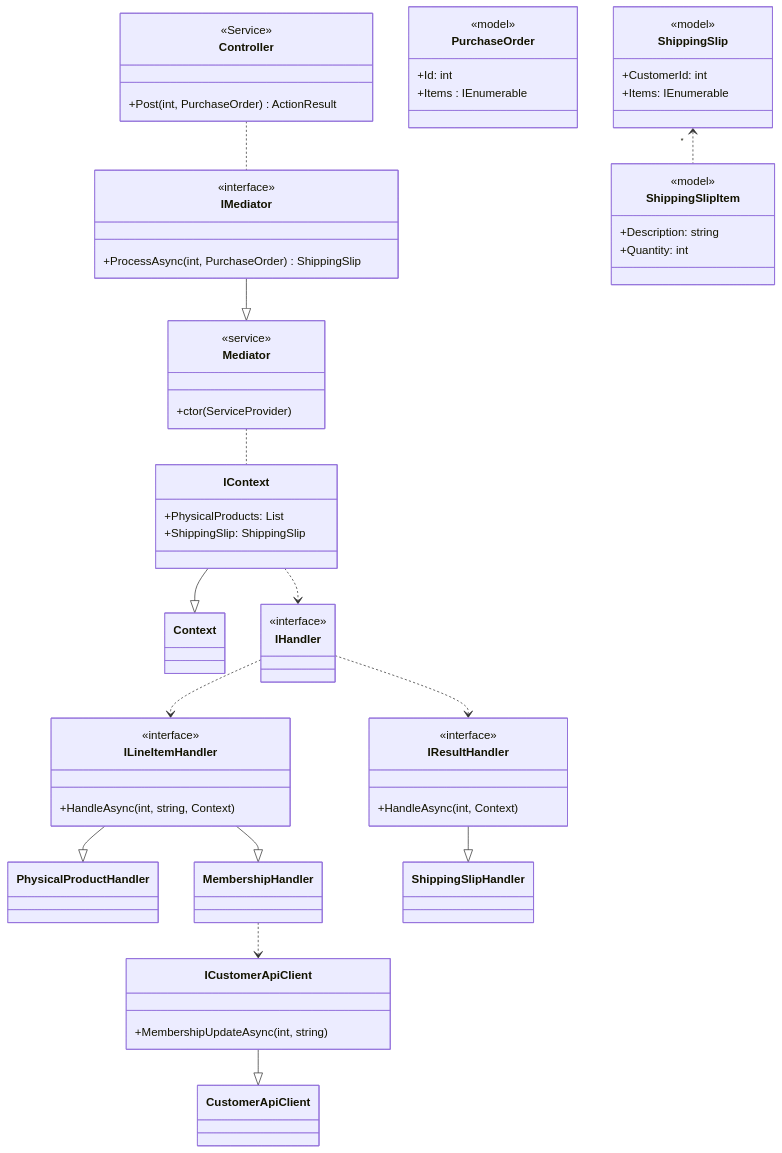
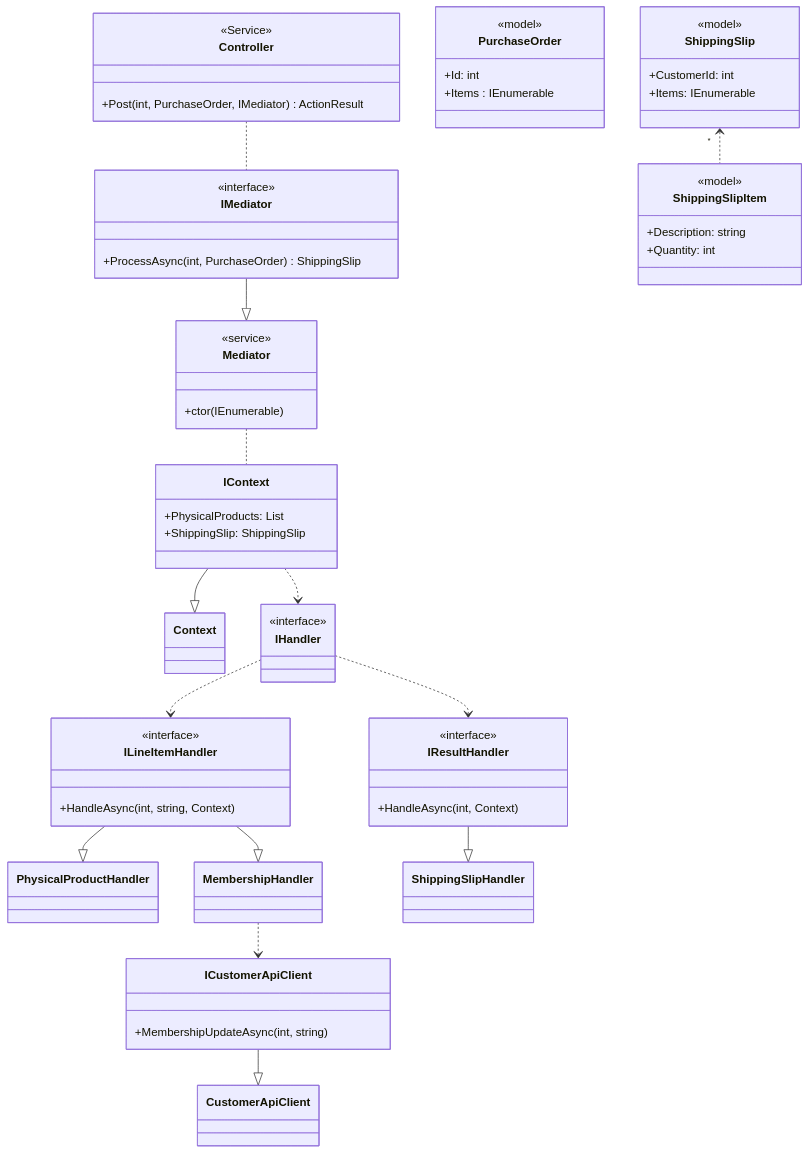
Before and after one commit to shanepask/PurchaseOrderProcessor: the second of 3 diagrams in documentation/Design Document.md, drawn with Mermaid. The commit also changed other lines of this file and 1 other file, not shown here.

```diff
--- a/documentation/Design Document.md
+++ b/documentation/Design Document.md
@@ -132,7 +133,7 @@
 	Controller..IMediator
 	class Controller {
 		<<Service>>
-		+Post(int, PurchaseOrder) ActionResult
+		+Post(int, PurchaseOrder, IMediator) ActionResult
 	}
 	
 	class PurchaseOrder {
@@ -162,7 +163,7 @@
 	IMediator--|>Mediator
 	class Mediator {
 		<<service>>
-		+ctor(ServiceProvider)
+		+ctor(IEnumerable<IHandler>)
 	}
 
 	Mediator..IContext
```
